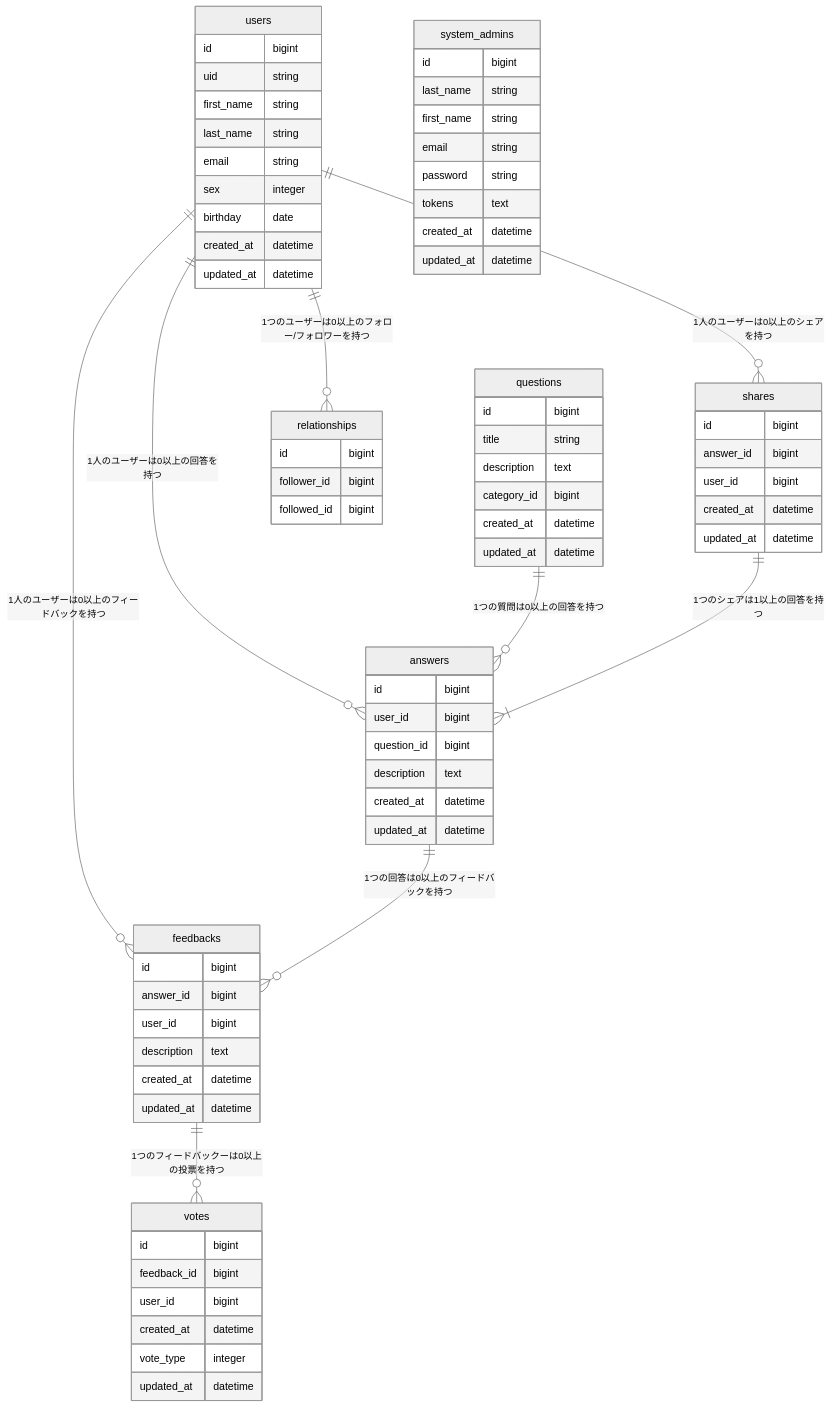
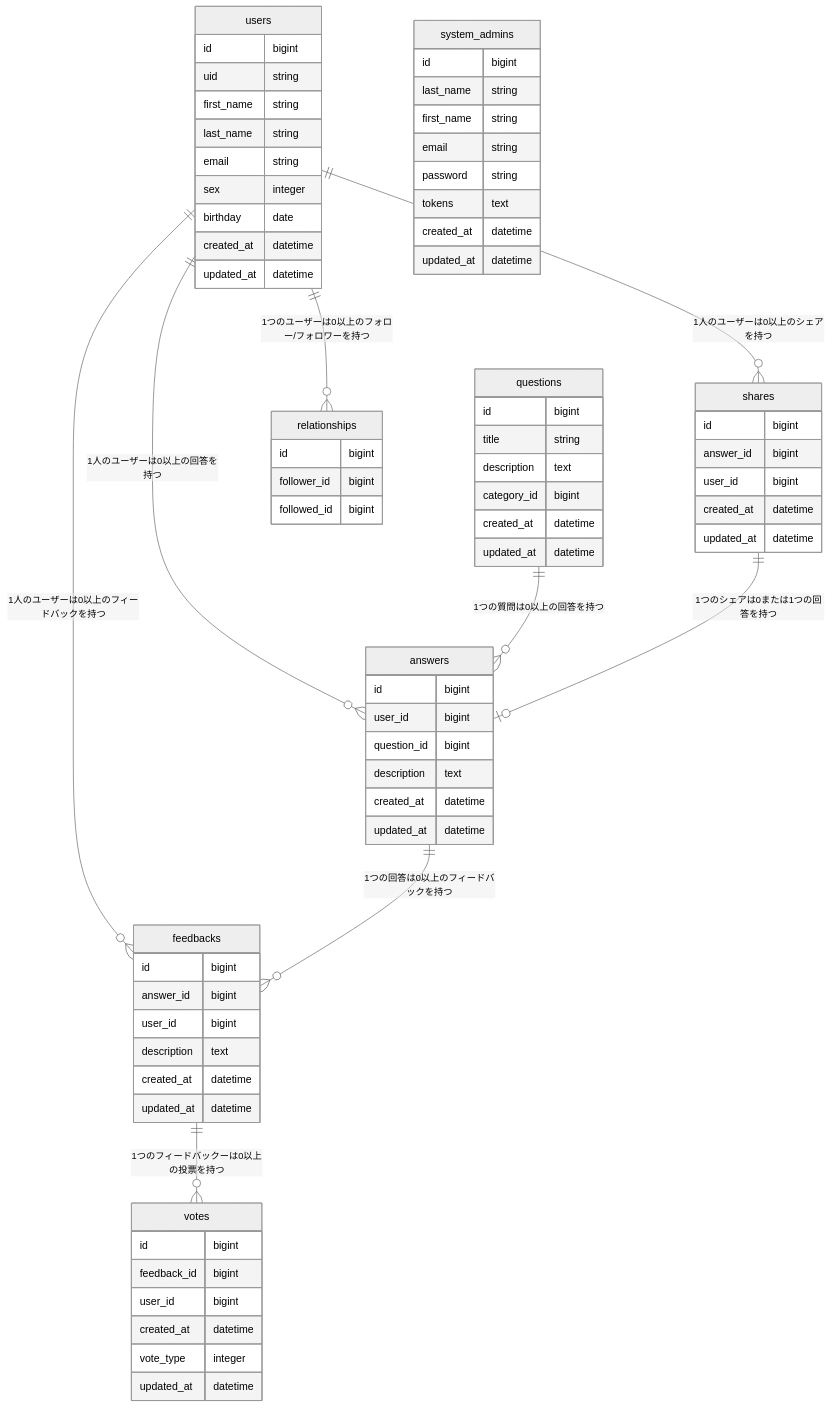
Before and after one commit to miuradaiki/cross_coaching_api: the diagram in README.md, drawn with Mermaid (neutral theme).

Commit message:
update: README

```diff
--- a/README.md
+++ b/README.md
@@ -13,7 +13,7 @@
 users ||--o{ shares : "1人のユーザーは0以上のシェアを持つ"
 users ||--o{ feedbacks : "1人のユーザーは0以上のフィードバックを持つ"
 questions ||--o{ answers : "1つの質問は0以上の回答を持つ"
-shares ||--|{ answers : "1つのシェアは1以上の回答を持つ"
+shares ||--|o answers : "1つのシェアは0または1つの回答を持つ"
 answers ||--o{ feedbacks : "1つの回答は0以上のフィードバックを持つ"
 users ||--o{ relationships : "1つのユーザーは0以上のフォロー/フォロワーを持つ"
 feedbacks ||--o{ votes : "1つのフィードバックーは0以上の投票を持つ"
```
